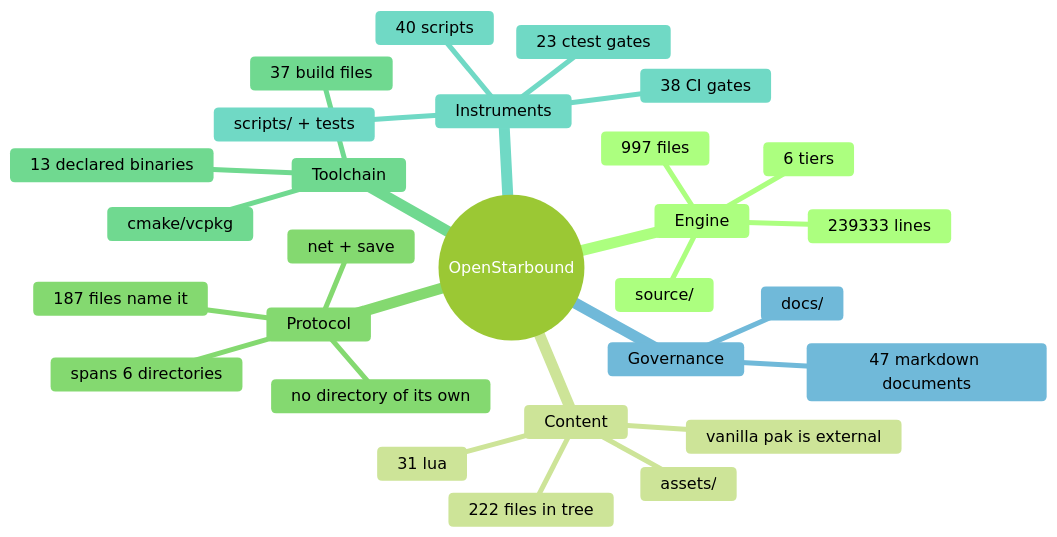
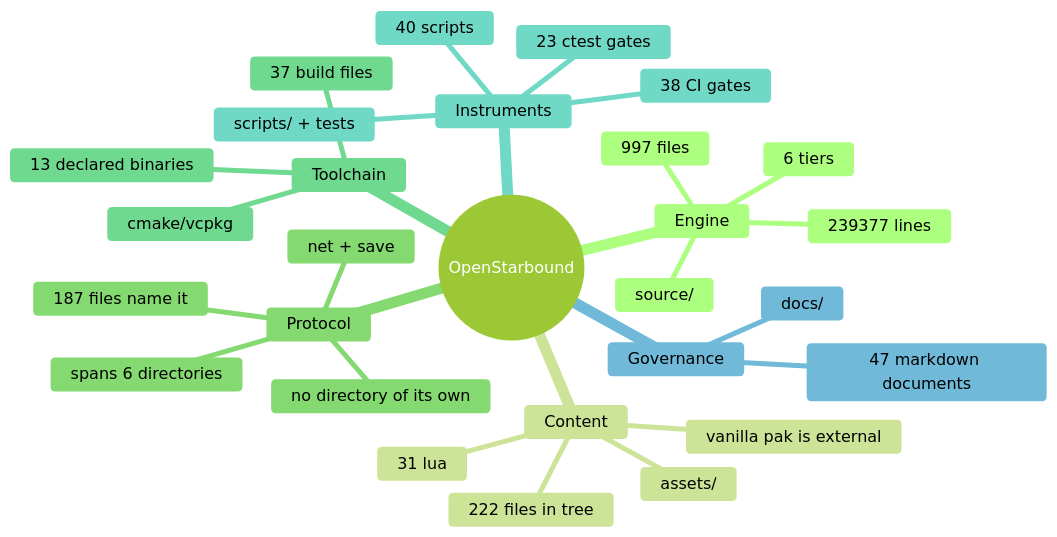
One commit to apnex/OpenStarbound changed the second of 11 diagrams in docs/architecture/system-boundaries.md. Above: the diagram before and after it, drawn with Mermaid (forest theme). The commit also changed other lines of this file and 6 other files, not shown here.

````diff
--- a/docs/architecture/system-boundaries.md
+++ b/docs/architecture/system-boundaries.md
@@ -166,31 +166,31 @@
 ```mermaid
 mindmap
   root((OpenStarbound))
     Engine
       source/
       997 files
-      239333 lines
+      239377 lines
       6 tiers
     Content
       assets/
       222 files in tree
       31 lua
       vanilla pak is external
     Protocol
       net + save
       187 files name it
       spans 6 directories
       no directory of its own
     Toolchain
       cmake/vcpkg
       37 build files
       13 declared binaries
     Instruments
       scripts/ + tests
       40 scripts
       23 ctest gates
       38 CI gates
     Governance
       docs/
       47 markdown documents
 ```
````
